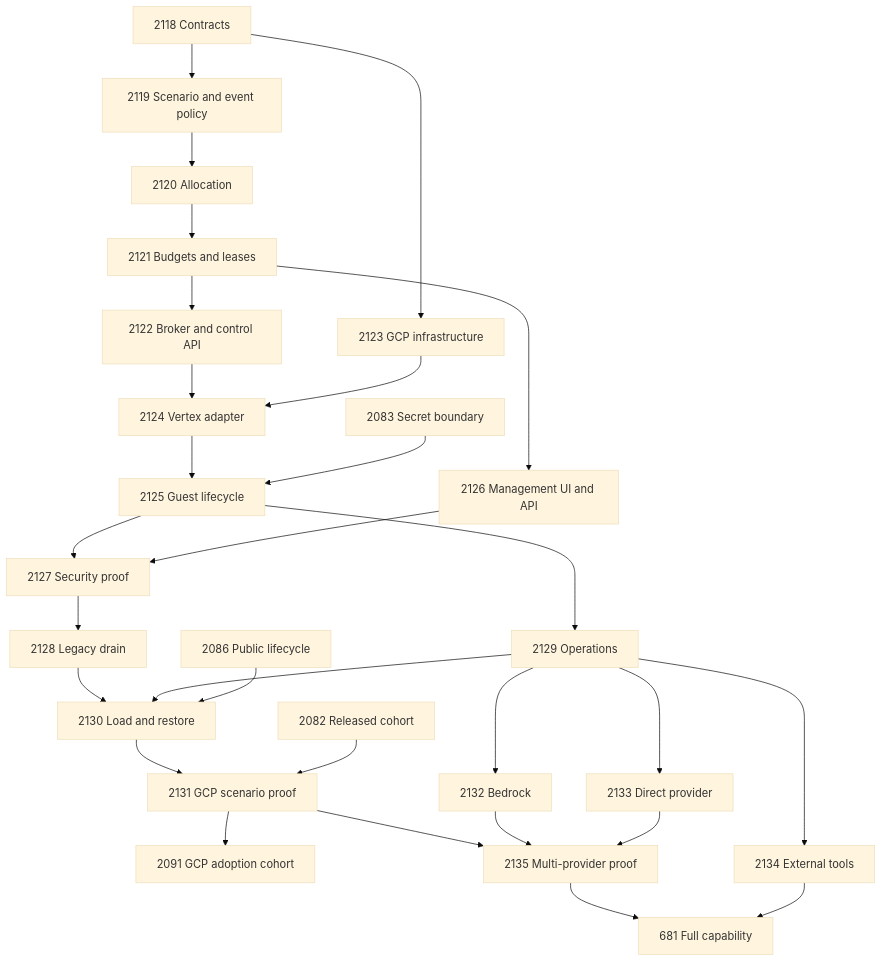
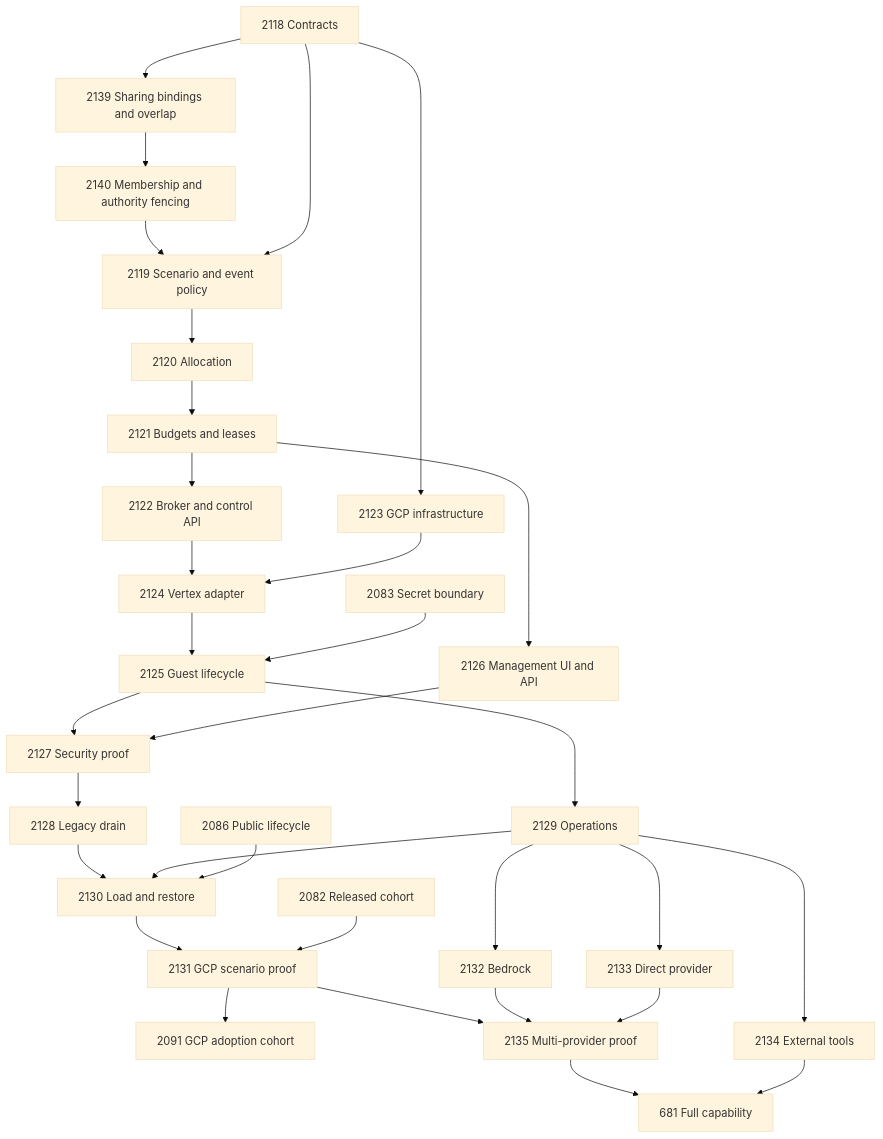
Before and after one commit to Brad-Edwards/shifter: the diagram in docs/architecture/model-access/delivery.md, drawn with Mermaid (base theme). The commit also changed other lines of this file and 11 other files, not shown here.

````diff
--- a/docs/architecture/model-access/delivery.md
+++ b/docs/architecture/model-access/delivery.md
@@ -82,31 +85,34 @@
 ```mermaid
 flowchart TD
-    C[2118 Contracts] --> P[2119 Scenario and event policy]
+    C[2118 Contracts] --> SBind[2139 Sharing bindings and overlap]
+    SBind --> Members[2140 Membership and authority fencing]
+    Members --> P[2119 Scenario and event policy]
+    C --> P
     P --> A[2120 Allocation]
     A --> B[2121 Budgets and leases]
     B --> G[2122 Broker and control API]
     C --> I[2123 GCP infrastructure]
     G --> V[2124 Vertex adapter]
     I --> V
     V --> L[2125 Guest lifecycle]
     S[2083 Secret boundary] --> L
     B --> U[2126 Management UI and API]
     L --> T[2127 Security proof]
     U --> T
     T --> D[2128 Legacy drain]
     L --> O[2129 Operations]
     D --> F[2130 Load and restore]
     O --> F
     R[2086 Public lifecycle] --> F
     F --> Q[2131 GCP scenario proof]
     E[2082 Released cohort] --> Q
     Q --> Adopt[2091 GCP adoption cohort]
     O --> AWS[2132 Bedrock]
     O --> Direct[2133 Direct provider]
     O --> Tool[2134 External tools]
     Q --> Multi[2135 Multi-provider proof]
     AWS --> Multi
     Direct --> Multi
     Multi --> Full[681 Full capability]
     Tool --> Full
 ```
````
